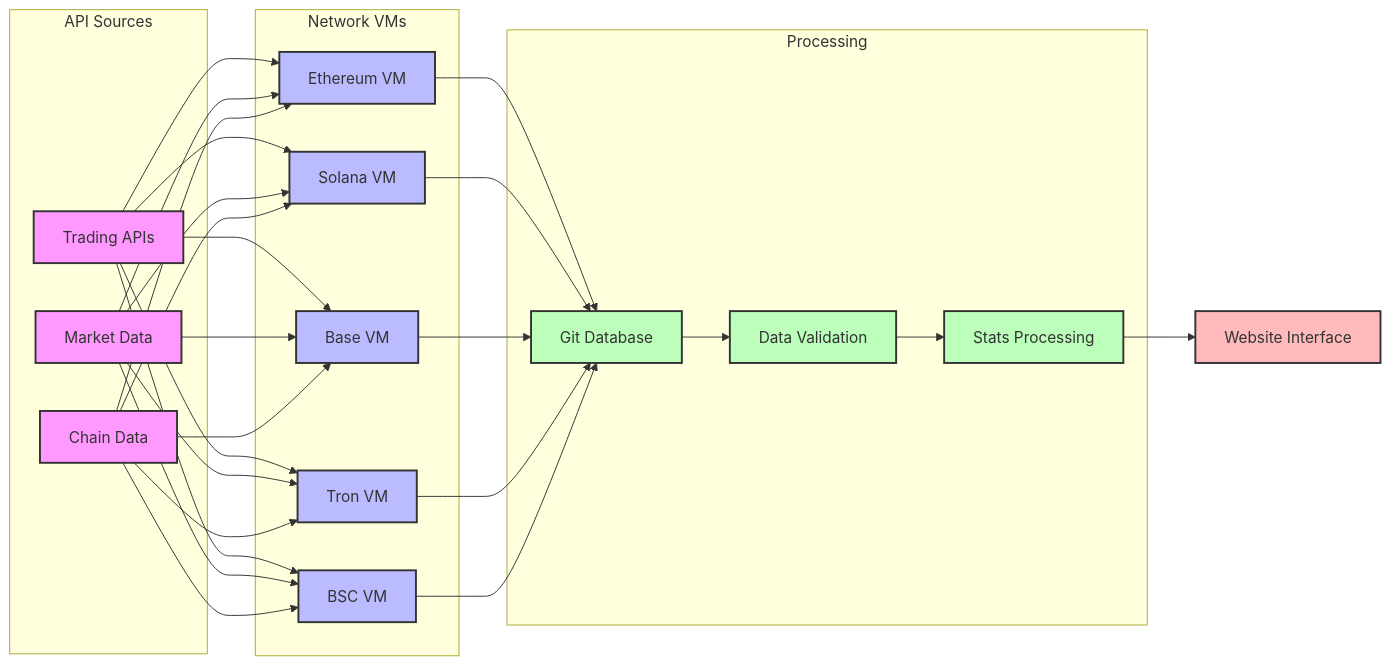
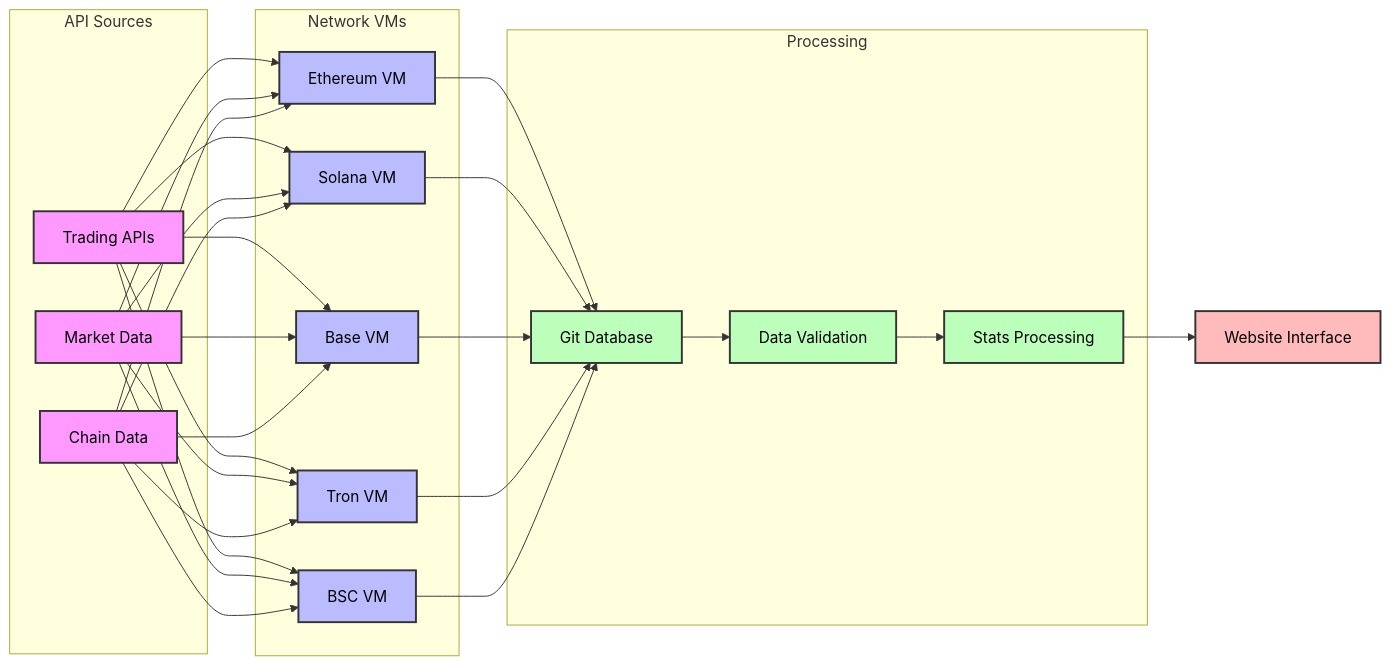
One commit to mueseralex/showcase changed the diagram in Scrapers.md. Above: the diagram before and after it, drawn with Mermaid.

Commit message:
Scrapers.md

````diff
--- a/Scrapers.md
+++ b/Scrapers.md
@@ -9,42 +9,42 @@
 ```mermaid
 graph LR
     subgraph "API Sources"
         A1[Trading APIs]
         A2[Market Data]
         A3[Chain Data]
     end
 
     subgraph "Network VMs"
         B1[Ethereum VM]
         B2[Solana VM]
         B3[Base VM]
         B4[Tron VM]
         B5[BSC VM]
     end
 
     subgraph "Processing"
         C1[Git Database]
         C2[Data Validation]
         C3[Stats Processing]
     end
 
     A1 & A2 & A3 --> B1 & B2 & B3 & B4 & B5
     B1 & B2 & B3 & B4 & B5 --> C1
     C1 --> C2 --> C3
     C3 --> D[Website Interface]
 
-    style A1 fill:#f9f,stroke:#333,stroke-width:2px
-    style A2 fill:#f9f,stroke:#333,stroke-width:2px
-    style A3 fill:#f9f,stroke:#333,stroke-width:2px
+    style A1 fill:#f9f,stroke:#333,stroke-width:2px,color:black
+    style A2 fill:#f9f,stroke:#333,stroke-width:2px,color:black
+    style A3 fill:#f9f,stroke:#333,stroke-width:2px,color:black
     
-    style B1 fill:#bbf,stroke:#333,stroke-width:2px
-    style B2 fill:#bbf,stroke:#333,stroke-width:2px
-    style B3 fill:#bbf,stroke:#333,stroke-width:2px
-    style B4 fill:#bbf,stroke:#333,stroke-width:2px
-    style B5 fill:#bbf,stroke:#333,stroke-width:2px
+    style B1 fill:#bbf,stroke:#333,stroke-width:2px,color:black
+    style B2 fill:#bbf,stroke:#333,stroke-width:2px,color:black
+    style B3 fill:#bbf,stroke:#333,stroke-width:2px,color:black
+    style B4 fill:#bbf,stroke:#333,stroke-width:2px,color:black
+    style B5 fill:#bbf,stroke:#333,stroke-width:2px,color:black
     
-    style C1 fill:#bfb,stroke:#333,stroke-width:2px
-    style C2 fill:#bfb,stroke:#333,stroke-width:2px
-    style C3 fill:#bfb,stroke:#333,stroke-width:2px
-    style D fill:#fbb,stroke:#333,stroke-width:2px
+    style C1 fill:#bfb,stroke:#333,stroke-width:2px,color:black
+    style C2 fill:#bfb,stroke:#333,stroke-width:2px,color:black
+    style C3 fill:#bfb,stroke:#333,stroke-width:2px,color:black
+    style D fill:#fbb,stroke:#333,stroke-width:2px,color:black
 ```
````
